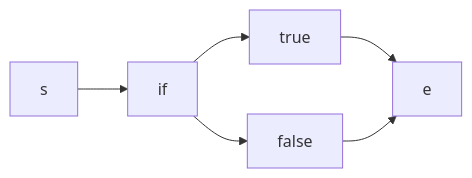
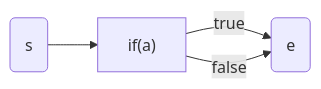
One commit to stereobooster/test-coverage-calculation changed the second of 5 diagrams in README.md. Above: the diagram before and after it, drawn with Mermaid. The commit also changed other lines of this file, not shown here.

Commit message:
update diagrams

````diff
--- a/README.md
+++ b/README.md
@@ -74,5 +74,5 @@
 ```mermaid
 flowchart LR
-  s --> if --> true --> e
-  if --> false --> e
+  s(s) --> if["if(a)"] -- true  --> e
+  if -- false --> e(e)
 ```
````
